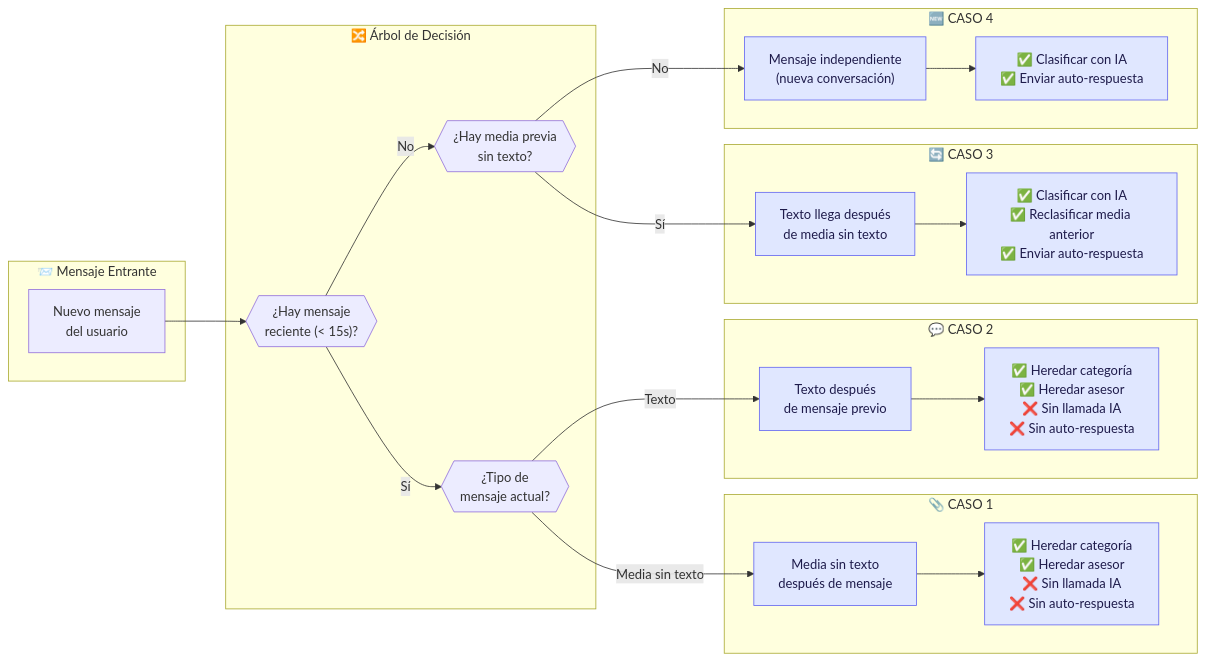
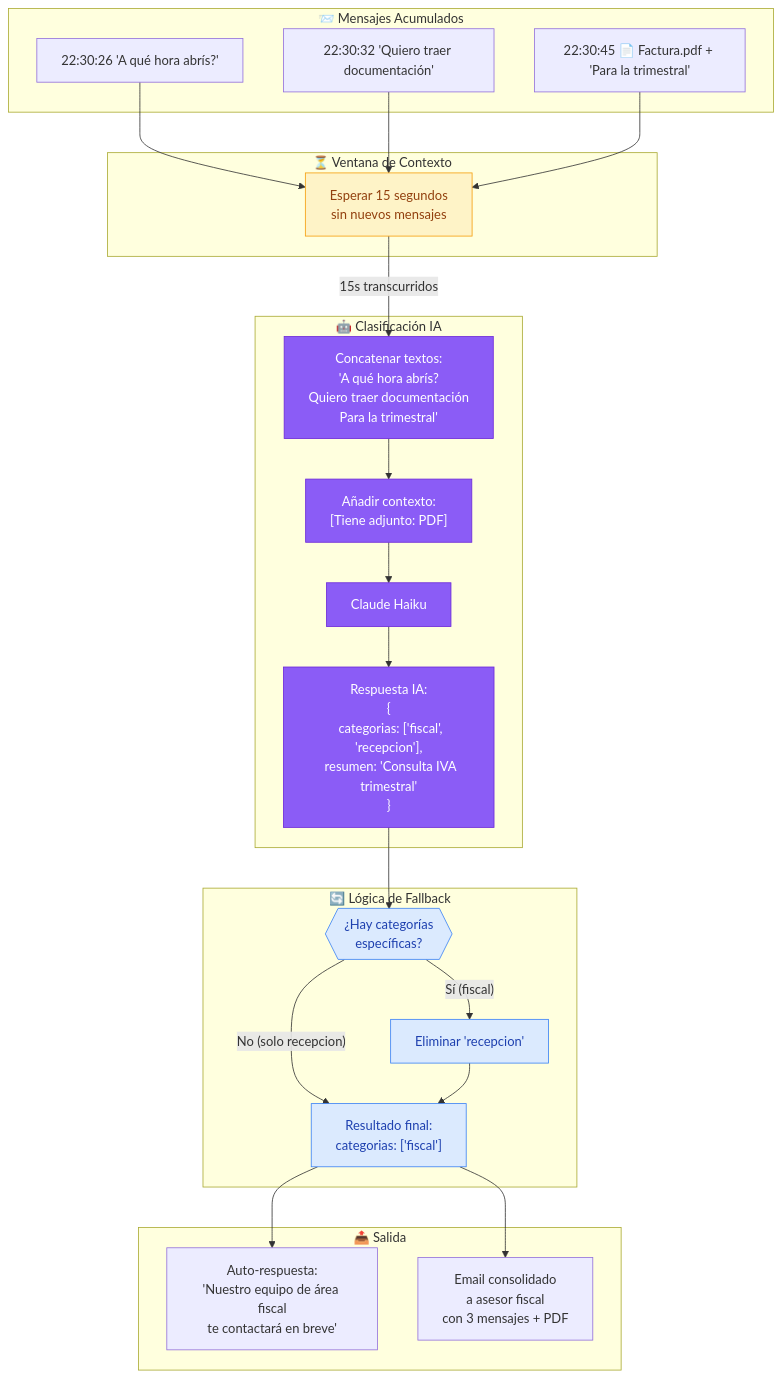
The third of 9 diagrams in docs/message-flow-diagram.md (dmartorell/WhatsApp-manager-poc), drawn with Mermaid before and after one commit. The commit also changed other lines of this file and 2 other files, not shown here.

First line of the commit message:
Feat: Marcar mensajes como leídos + actualizar docs

````diff
--- a/docs/message-flow-diagram.md
+++ b/docs/message-flow-diagram.md
@@ -125,50 +126,50 @@
 ```mermaid
-flowchart LR
-    subgraph INPUT["📨 Mensaje Entrante"]
-        MSG["Nuevo mensaje<br/>del usuario"]
+flowchart TB
+    subgraph INPUT["📨 Mensajes Acumulados"]
+        MSG1["22:30:26 'A qué hora abrís?'"]
+        MSG2["22:30:32 'Quiero traer documentación'"]
+        MSG3["22:30:45 📄 Factura.pdf + 'Para la trimestral'"]
     end
 
-    subgraph DECISION["🔀 Árbol de Decisión"]
-        Q1{{"¿Hay mensaje<br/>reciente (< 15s)?"}}
-        Q2{{"¿Tipo de<br/>mensaje actual?"}}
-        Q3{{"¿Hay media previa<br/>sin texto?"}}
+    subgraph WAIT["⏳ Ventana de Contexto"]
+        TIMER["Esperar 15 segundos<br/>sin nuevos mensajes"]
     end
 
-    subgraph CASE1["📎 CASO 1"]
-        C1_DESC["Media sin texto<br/>después de mensaje"]
-        C1_ACTION["✅ Heredar categoría<br/>✅ Heredar asesor<br/>❌ Sin llamada IA<br/>❌ Sin auto-respuesta"]
+    subgraph CLASSIFY["🤖 Clasificación IA"]
+        CONCAT["Concatenar textos:<br/>'A qué hora abrís?<br/>Quiero traer documentación<br/>Para la trimestral'"]
+        CONTEXT["Añadir contexto:<br/>[Tiene adjunto: PDF]"]
+        CLAUDE["Claude Haiku"]
+        RESPONSE["Respuesta IA:<br/>{<br/>  categorias: ['fiscal', 'recepcion'],<br/>  resumen: 'Consulta IVA trimestral'<br/>}"]
     end
 
-    subgraph CASE2["💬 CASO 2"]
-        C2_DESC["Texto después<br/>de mensaje previo"]
-        C2_ACTION["✅ Heredar categoría<br/>✅ Heredar asesor<br/>❌ Sin llamada IA<br/>❌ Sin auto-respuesta"]
+    subgraph FALLBACK["🔄 Lógica de Fallback"]
+        CHECK{{"¿Hay categorías<br/>específicas?"}}
+        REMOVE["Eliminar 'recepcion'"]
+        FINAL["Resultado final:<br/>categorias: ['fiscal']"]
     end
 
-    subgraph CASE3["🔄 CASO 3"]
-        C3_DESC["Texto llega después<br/>de media sin texto"]
-        C3_ACTION["✅ Clasificar con IA<br/>✅ Reclasificar media anterior<br/>✅ Enviar auto-respuesta"]
+    subgraph OUTPUT["📤 Salida"]
+        REPLY["Auto-respuesta:<br/>'Nuestro equipo de área fiscal<br/>te contactará en breve'"]
+        EMAIL["Email consolidado<br/>a asesor fiscal<br/>con 3 mensajes + PDF"]
     end
 
-    subgraph CASE4["🆕 CASO 4"]
-        C4_DESC["Mensaje independiente<br/>(nueva conversación)"]
-        C4_ACTION["✅ Clasificar con IA<br/>✅ Enviar auto-respuesta"]
-    end
+    MSG1 & MSG2 & MSG3 --> TIMER
+    TIMER -->|"15s transcurridos"| CONCAT
+    CONCAT --> CONTEXT
+    CONTEXT --> CLAUDE
+    CLAUDE --> RESPONSE
+    RESPONSE --> CHECK
+    CHECK -->|"Sí (fiscal)"| REMOVE
+    CHECK -->|"No (solo recepcion)"| FINAL
+    REMOVE --> FINAL
+    FINAL --> REPLY
+    FINAL --> EMAIL
 
-    MSG --> Q1
-    Q1 -->|"Sí"| Q2
-    Q1 -->|"No"| Q3
+    classDef waitStyle fill:#FEF3C7,stroke:#F59E0B,color:#92400E
+    classDef aiStyle fill:#8B5CF6,stroke:#6D28D9,color:#fff
+    classDef fallbackStyle fill:#DBEAFE,stroke:#3B82F6,color:#1E40AF
 
-    Q2 -->|"Media sin texto"| C1_DESC
-    Q2 -->|"Texto"| C2_DESC
-
-    Q3 -->|"Sí"| C3_DESC
-    Q3 -->|"No"| C4_DESC
-
-    C1_DESC --> C1_ACTION
-    C2_DESC --> C2_ACTION
-    C3_DESC --> C3_ACTION
-    C4_DESC --> C4_ACTION
-
-    classDef caseStyle fill:#E0E7FF,stroke:#6366F1,color:#1E1B4B
-    class C1_DESC,C1_ACTION,C2_DESC,C2_ACTION,C3_DESC,C3_ACTION,C4_DESC,C4_ACTION caseStyle
+    class TIMER waitStyle
+    class CONCAT,CONTEXT,CLAUDE,RESPONSE aiStyle
+    class CHECK,REMOVE,FINAL fallbackStyle
 ```
````
